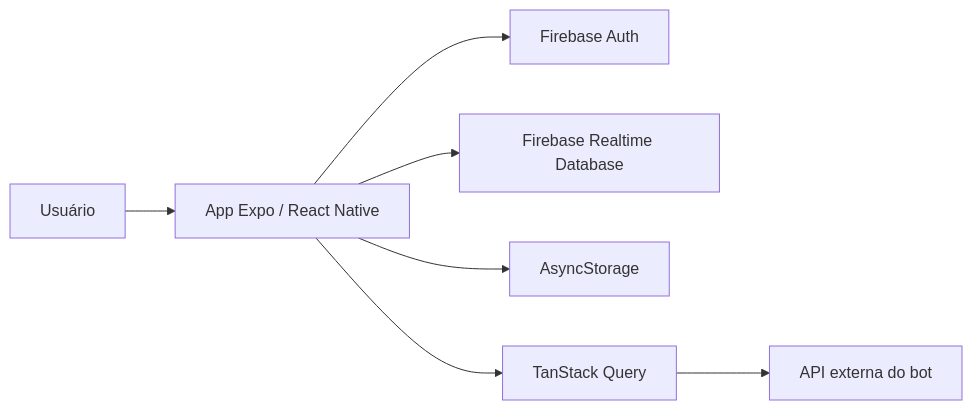
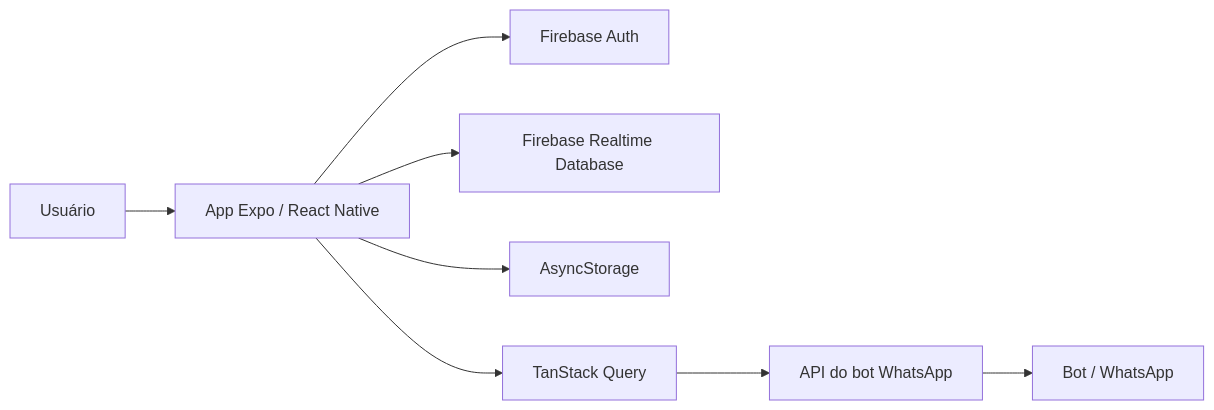
Before and after one commit to eulaino/OmniZap_faculdade: the diagram in README.md, drawn with Mermaid. The commit also changed other lines of this file, not shown here.

````diff
--- a/README.md
+++ b/README.md
@@ -44,9 +45,10 @@
 ```mermaid
 flowchart LR
-    U["Usuário"] --> A["App Expo / React Native"]
-    A --> F["Firebase Auth"]
-    A --> D["Firebase Realtime Database"]
-    A --> S["AsyncStorage"]
-    A --> Q["TanStack Query"]
-    Q --> API["API externa do bot"]
+    U["Usuário"] --> APP["App Expo / React Native"]
+    APP --> AUTH["Firebase Auth"]
+    APP --> DB["Firebase Realtime Database"]
+    APP --> STORE["AsyncStorage"]
+    APP --> QUERY["TanStack Query"]
+    QUERY --> API["API do bot WhatsApp"]
+    API --> BOT["Bot / WhatsApp"]
 ```
````
